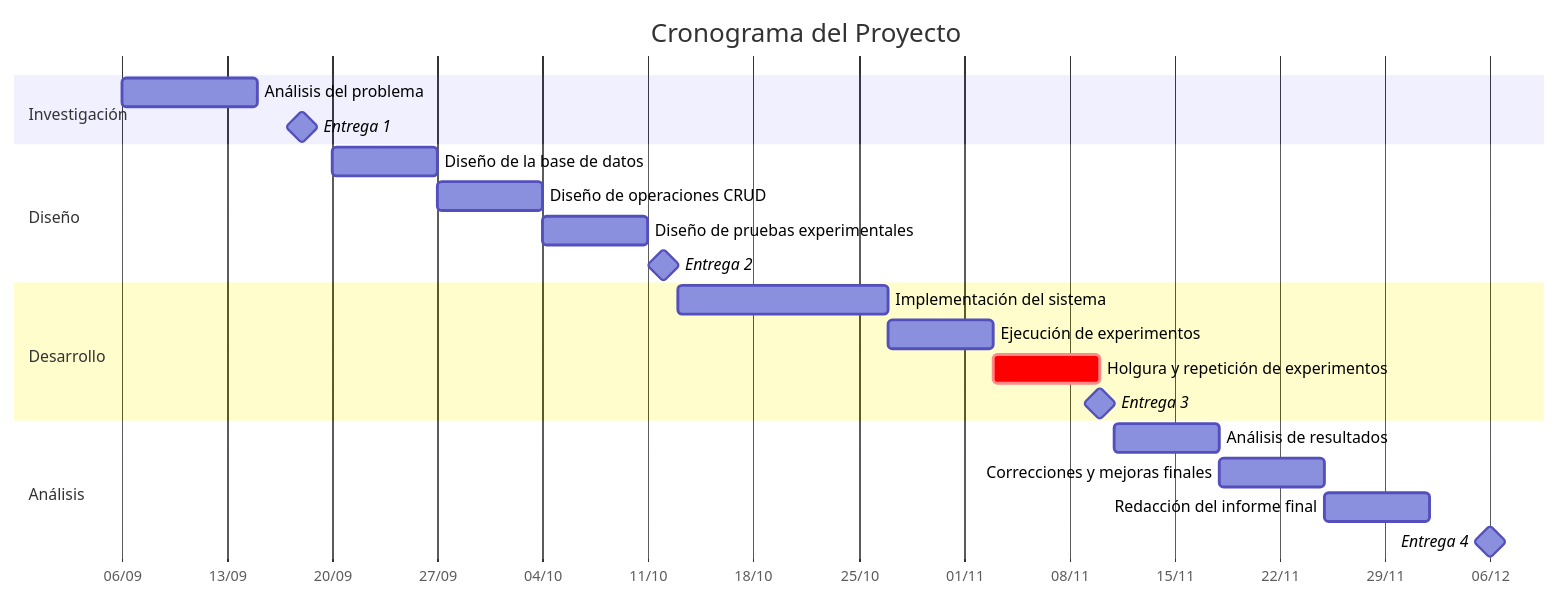
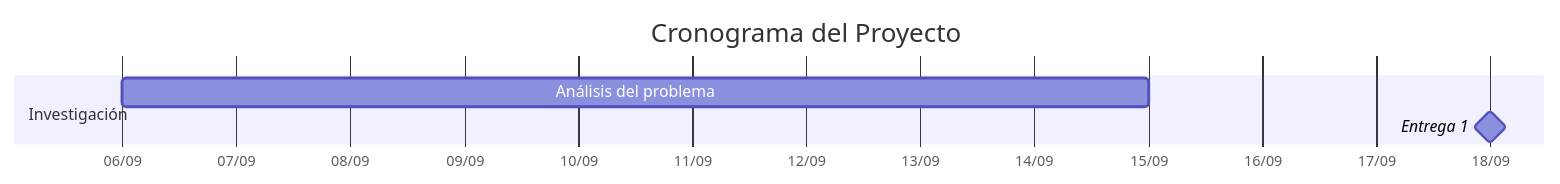
Before and after one commit to cessifr-bit/investigacion-tienda-electronica-g2: the diagram in docs/entrega1-perfil.md, drawn with Mermaid. The commit also changed other lines of this file, not shown here.

Commit message:
docs(integration-timeline): adjusted timeline

````diff
--- a/docs/entrega1-perfil.md
+++ b/docs/entrega1-perfil.md
@@ -151,28 +143,10 @@
 ```mermaid
 gantt
     title Cronograma del Proyecto
     dateFormat YYYY-MM-DD
     axisFormat %d/%m
 
     section Investigación
     Análisis del problema :t1, 2026-09-06, 9d
     Entrega 1 :milestone, m1, 2026-09-18, 0d
-
-    section Diseño
-    Diseño de la base de datos :t2, 2026-09-20, 7d
-    Diseño de operaciones CRUD :t3, after t2, 7d
-    Diseño de pruebas experimentales :t4, after t3, 7d
-    Entrega 2 :milestone, m2, 2026-10-12, 0d
-
-    section Desarrollo
-    Implementación del sistema :t5, 2026-10-13, 14d
-    Ejecución de experimentos :t6, after t5, 7d
-    Holgura y repetición de experimentos :crit, t7, after t6, 7d
-    Entrega 3 :milestone, m3, 2026-11-10, 0d
-
-    section Análisis
-    Análisis de resultados :t8, 2026-11-11, 7d
-    Correcciones y mejoras finales :t9, after t8, 7d
-    Redacción del informe final :t10, after t9, 7d
-    Entrega 4 :milestone, m4, 2026-12-06, 0d
 ```
````
